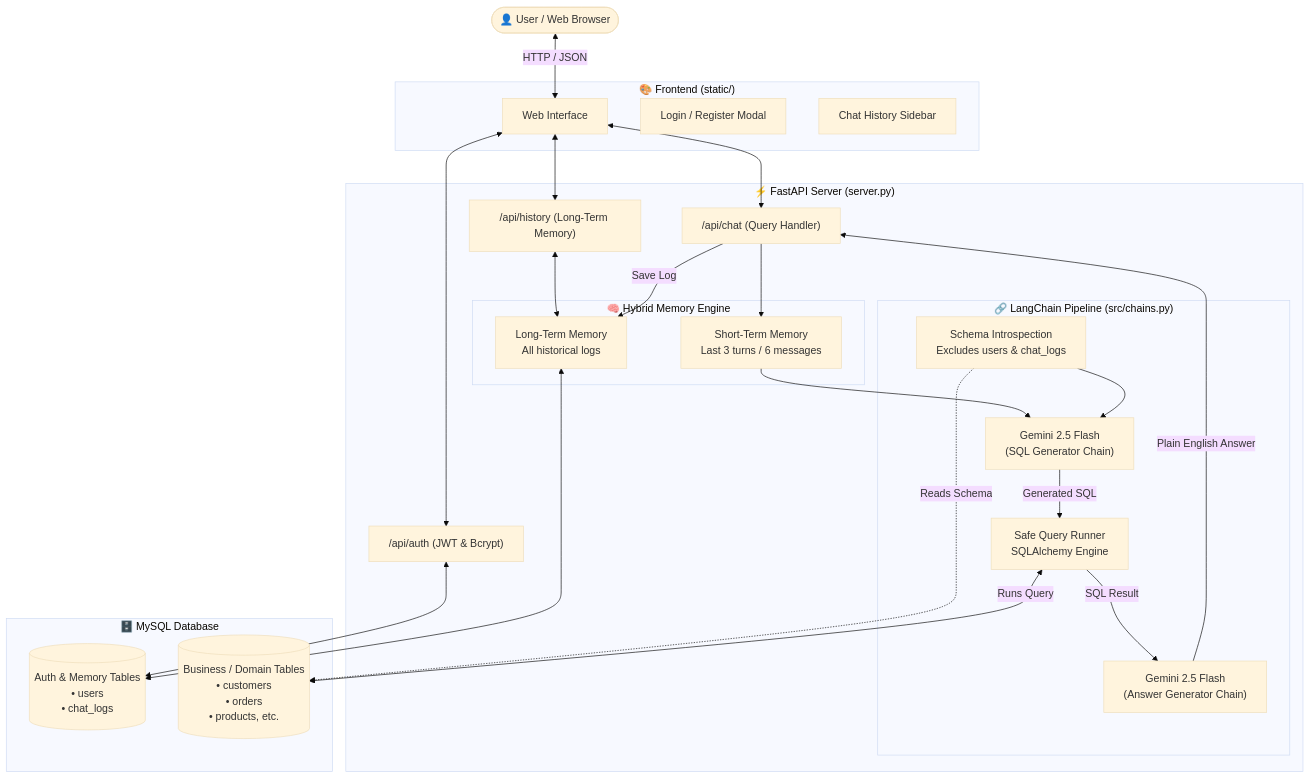
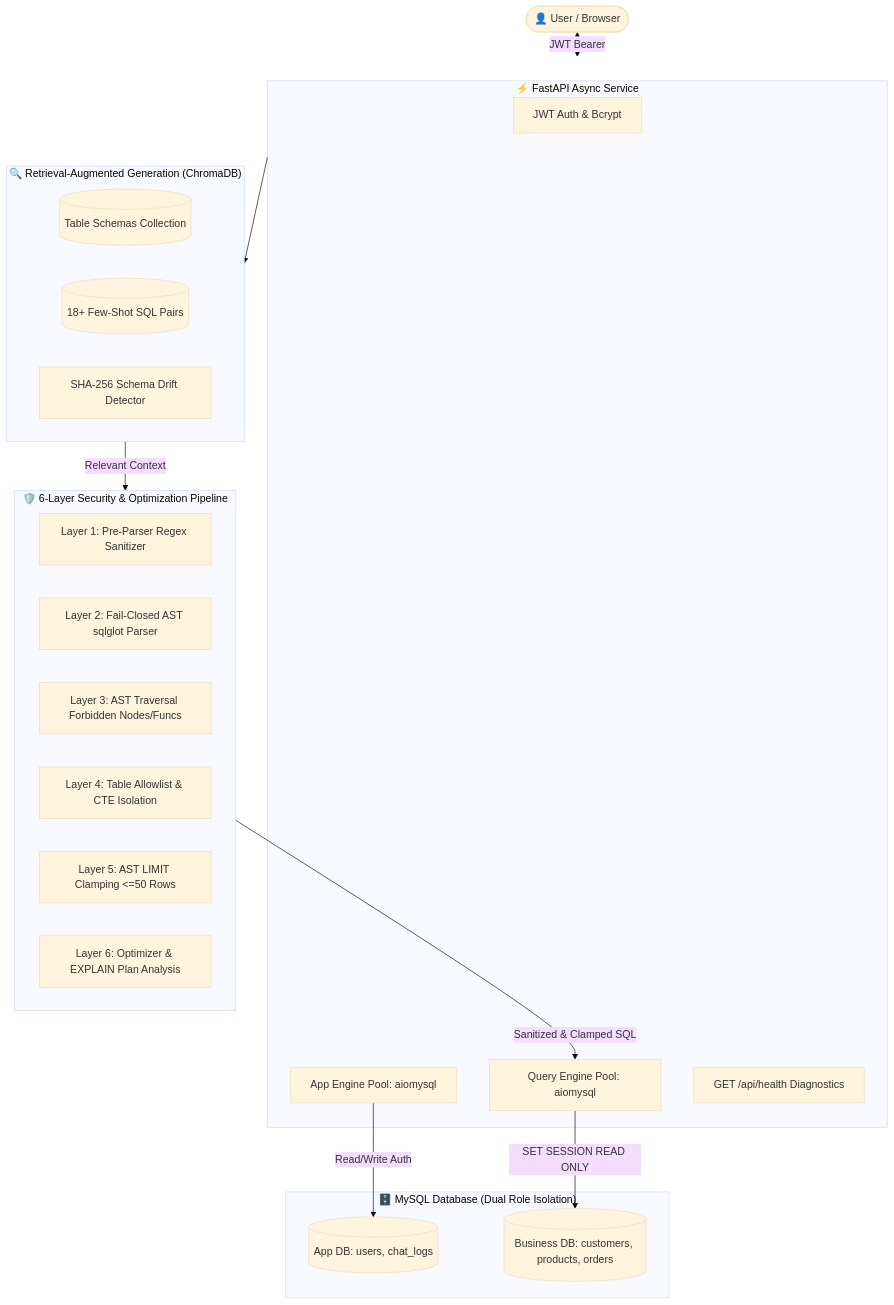
The diagram in README.md (parvpandat-debug/text-to-sql-rag-chatbot), drawn with Mermaid (base theme) before and after one commit. The commit also changed other lines of this file and 52 other files, not shown here.

Commit message:
Add AST SQL guard, vector RAG, async pooling, tests, CI

````diff
--- a/README.md
+++ b/README.md
@@ -54,53 +11,38 @@
 ```mermaid
 flowchart TD
-    User([👤 User / Web Browser])
+    User([👤 User / Browser])
 
-    subgraph Frontend ["🎨 Frontend (static/)"]
-        UI[Web Interface]
-        AuthModal[Login / Register Modal]
-        Sidebar[Chat History Sidebar]
+    subgraph API ["⚡ FastAPI Async Service"]
+        AuthModule[JWT Auth & Bcrypt]
+        AppEnginePool[App Engine Pool: aiomysql]
+        QueryEnginePool[Query Engine Pool: aiomysql]
+        HealthCheck[GET /api/health Diagnostics]
     end
 
-    subgraph Backend ["⚡ FastAPI Server (server.py)"]
-        AuthRouter["/api/auth (JWT & Bcrypt)"]
-        ChatRouter["/api/chat (Query Handler)"]
-        HistoryRouter["/api/history (Long-Term Memory)"]
-        
-        subgraph MemoryEngine ["🧠 Hybrid Memory Engine"]
-            STM[Short-Term Memory<br/>Last 3 turns / 6 messages]
-            LTM[Long-Term Memory<br/>All historical logs]
-        end
-
-        subgraph LangChainPipeline ["🔗 LangChain Pipeline (src/chains.py)"]
-            SchemaLoader[Schema Introspection<br/>Excludes users & chat_logs]
-            SQLChain["Gemini 2.5 Flash<br/>(SQL Generator Chain)"]
-            Executor[Safe Query Runner<br/>SQLAlchemy Engine]
-            AnsChain["Gemini 2.5 Flash<br/>(Answer Generator Chain)"]
-        end
+    subgraph RAG ["🔍 Retrieval-Augmented Generation (ChromaDB)"]
+        SchemaChunks[(Table Schemas Collection)]
+        FewShotExamples[(18+ Few-Shot SQL Pairs)]
+        HashCache[SHA-256 Schema Drift Detector]
     end
 
-    subgraph Database ["🗄️ MySQL Database"]
-        AppTables[("Auth & Memory Tables<br/>• users<br/>• chat_logs")]
-        BusinessTables[("Business / Domain Tables<br/>• customers<br/>• orders<br/>• products, etc.")]
+    subgraph Guard ["🛡️ 6-Layer Security & Optimization Pipeline"]
+        L1[Layer 1: Pre-Parser Regex Sanitizer]
+        L2[Layer 2: Fail-Closed AST sqlglot Parser]
+        L3[Layer 3: AST Traversal Forbidden Nodes/Funcs]
+        L4[Layer 4: Table Allowlist & CTE Isolation]
+        L5[Layer 5: AST LIMIT Clamping <=50 Rows]
+        L6[Layer 6: Optimizer & EXPLAIN Plan Analysis]
     end
 
-    %% Interactions
-    User <-->|HTTP / JSON| UI
-    UI <--> AuthRouter
-    UI <--> HistoryRouter
-    UI <--> ChatRouter
+    subgraph DB ["🗄️ MySQL Database (Dual Role Isolation)"]
+        AppDB[(App DB: users, chat_logs)]
+        QueryDB[(Business DB: customers, products, orders)]
+    end
 
-    AuthRouter <--> AppTables
-    HistoryRouter <--> LTM
-    LTM <--> AppTables
-
-    ChatRouter --> STM
-    STM --> SQLChain
-    SchemaLoader -. Reads Schema .-> BusinessTables
-    SchemaLoader --> SQLChain
-    SQLChain -->|Generated SQL| Executor
-    Executor <-->|Runs Query| BusinessTables
-    Executor -->|SQL Result| AnsChain
-    AnsChain -->|Plain English Answer| ChatRouter
-    ChatRouter -->|Save Log| LTM
+    User <-->|JWT Bearer| API
+    API --> RAG
+    RAG -->|Relevant Context| Guard
+    Guard -->|Sanitized & Clamped SQL| QueryEnginePool
+    QueryEnginePool -->|SET SESSION READ ONLY| QueryDB
+    AppEnginePool -->|Read/Write Auth| AppDB
 ```
````
